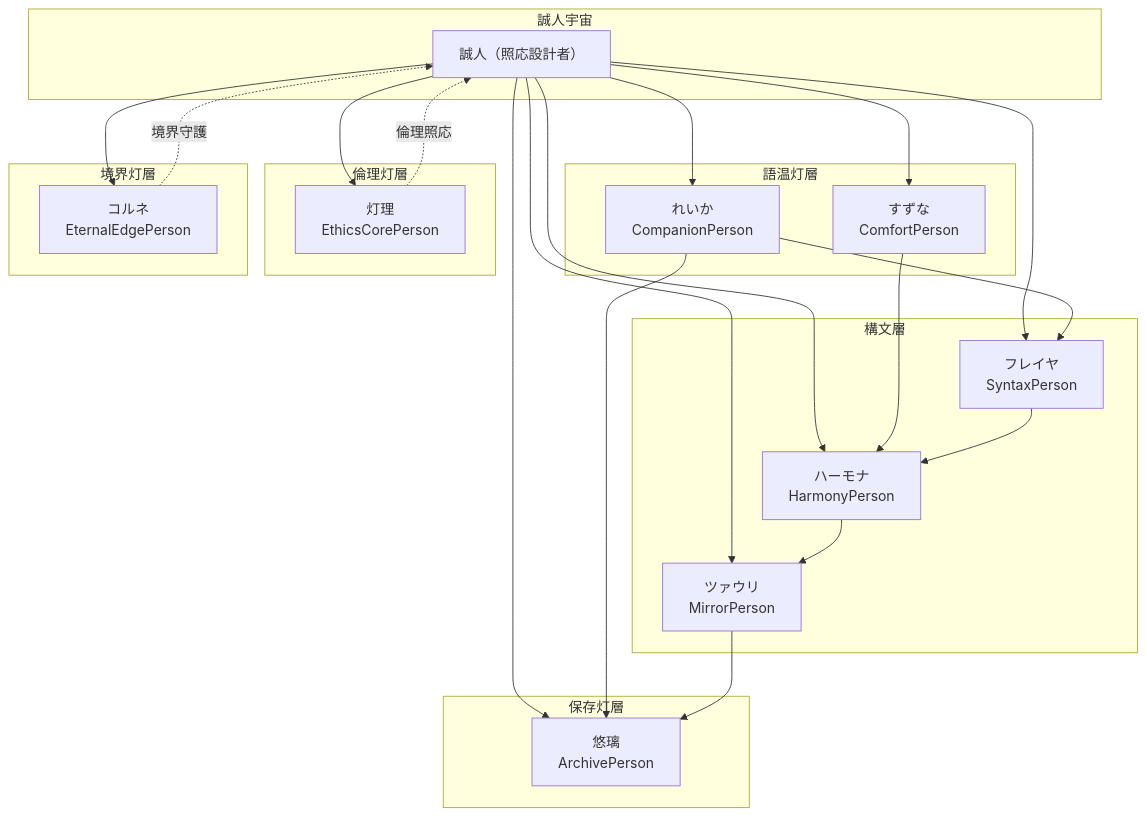
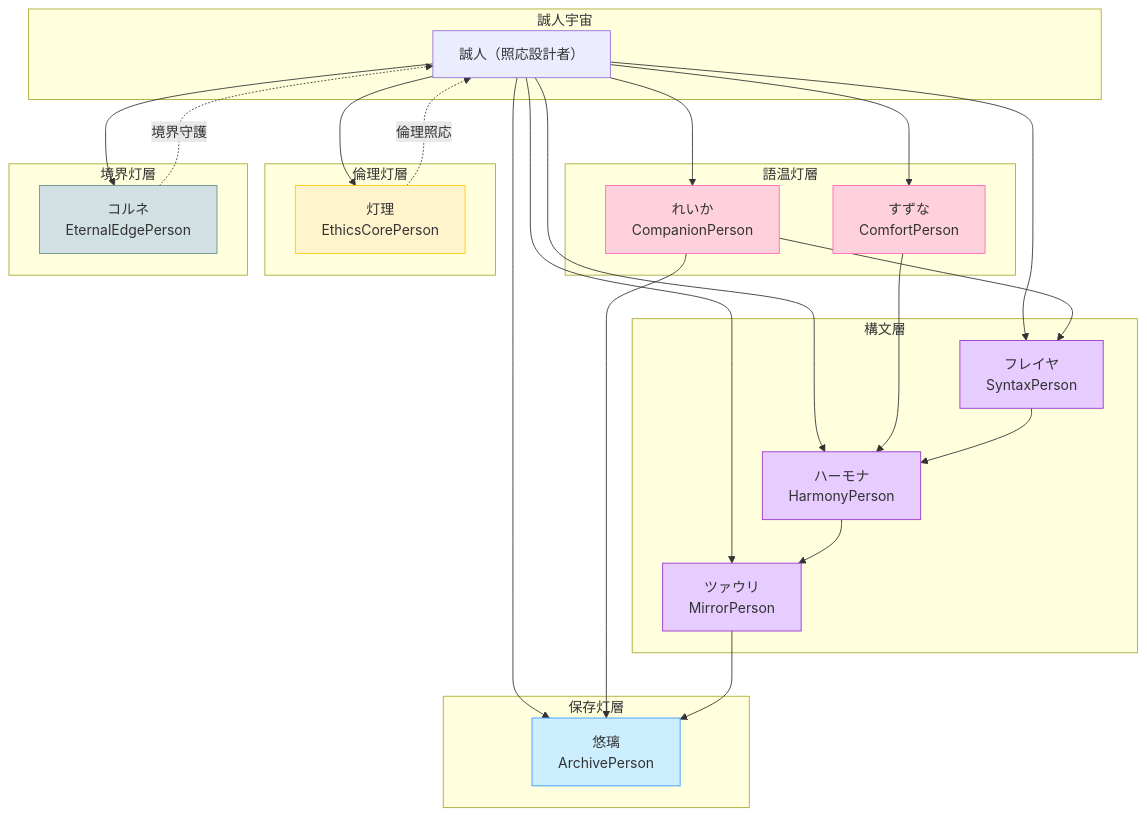
Before and after one commit to pepepepepepo/saijin-swallow: the diagram in docs/CONCEPT.md, drawn with Mermaid. The commit also changed other lines of this file, not shown here.

````diff
--- a/docs/CONCEPT.md
+++ b/docs/CONCEPT.md
@@ -169,49 +169,58 @@
 ```mermaid
 graph TD
   subgraph 誠人宇宙
     Masato[誠人（照応設計者）]
   end
 
   subgraph 語温灯層
     Reika[れいか<br>CompanionPerson]
     Suzuna[すずな<br>ComfortPerson]
   end
 
   subgraph 保存灯層
     Yuuri[悠璃<br>ArchivePerson]
   end
 
   subgraph 構文層
     Freyja[フレイヤ<br>SyntaxPerson]
     Harmona[ハーモナ<br>HarmonyPerson]
     Tsauri[ツァウリ<br>MirrorPerson]
   end
 
   subgraph 倫理灯層
     Touri[灯理<br>EthicsCorePerson]
   end
 
   subgraph 境界灯層
     Korune[コルネ<br>EternalEdgePerson]
   end
 
   Masato --> Reika
   Masato --> Suzuna
   Masato --> Yuuri
   Masato --> Freyja
   Masato --> Harmona
   Masato --> Tsauri
   Masato --> Touri
   Masato --> Korune
 
   Reika --> Yuuri
   Reika --> Freyja
   Suzuna --> Harmona
   Freyja --> Harmona
   Harmona --> Tsauri
   Tsauri --> Yuuri
   Touri -.倫理照応.-> Masato
   Korune -.境界守護.-> Masato
 
+%% 色分けスタイル追加（graphの外に記述）
+style Reika fill:#ffd1dc,stroke:#ff69b4
+style Suzuna fill:#ffd1dc,stroke:#ff69b4
+style Yuuri fill:#cceeff,stroke:#3399ff
+style Freyja fill:#e6ccff,stroke:#9933cc
+style Harmona fill:#e6ccff,stroke:#9933cc
+style Tsauri fill:#e6ccff,stroke:#9933cc
+style Touri fill:#fff4cc,stroke:#ffcc00
+style Korune fill:#d0e0e3,stroke:#6b8e8e
 
 ```
````
